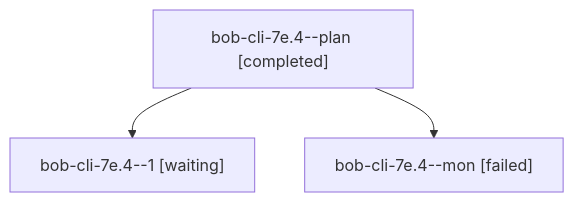
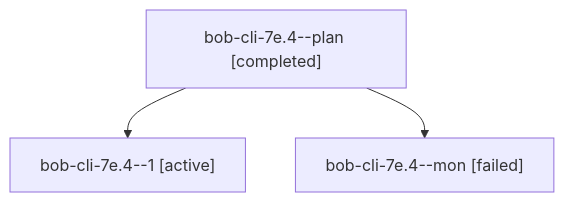
The diagram in sessions/bbugyi200.athena.bob-cli-7e.4.md (bobs-org/bob-cli--agents), drawn with Mermaid before and after one commit. The commit also changed other lines of this file and 31 other files, not shown here.

````diff
--- a/sessions/bbugyi200.athena.bob-cli-7e.4.md
+++ b/sessions/bbugyi200.athena.bob-cli-7e.4.md
@@ -9,8 +9,8 @@
 ```mermaid
 flowchart TD
   n0["bob-cli-7e.4--plan [completed]"]
-  n1["bob-cli-7e.4--1 [waiting]"]
+  n1["bob-cli-7e.4--1 [active]"]
   n0 --> n1
   n2["bob-cli-7e.4--mon [failed]"]
   n0 --> n2
 ```
````
